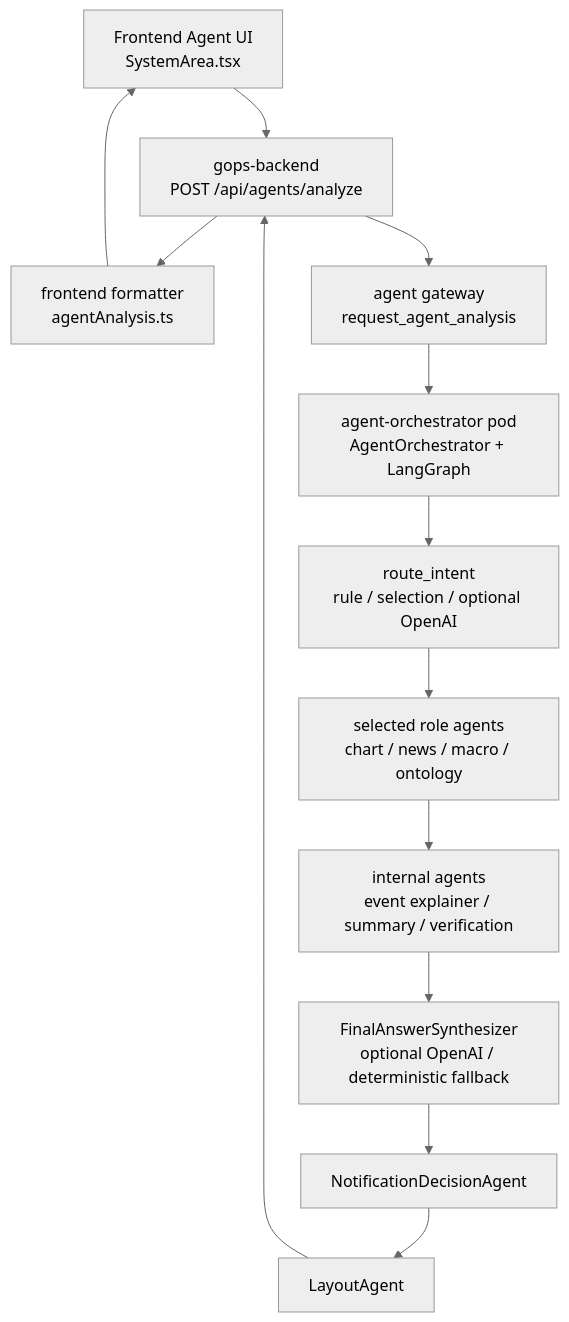
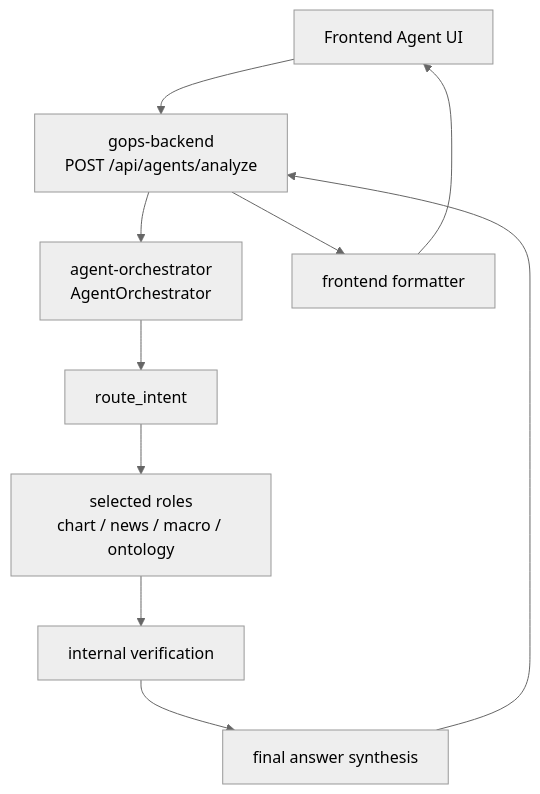
Before and after one commit to seunglee10/GOPS-BE: the diagram in docs/MULTI_AGENT_NEWS_ONTOLOGY_STRUCTURE.md, drawn with Mermaid (neutral theme). The commit also changed other lines of this file and 123 other files, not shown here.

````diff
--- a/docs/MULTI_AGENT_NEWS_ONTOLOGY_STRUCTURE.md
+++ b/docs/MULTI_AGENT_NEWS_ONTOLOGY_STRUCTURE.md
@@ -15,28 +8,13 @@
 ```mermaid
 flowchart TD
-    UI["Frontend Agent UI<br/>SystemArea.tsx"]
-    FORMAT["frontend formatter<br/>agentAnalysis.ts"]
-    API["gops-backend<br/>POST /api/agents/analyze"]
-    GATEWAY["agent gateway<br/>request_agent_analysis"]
-    ORCH["agent-orchestrator pod<br/>AgentOrchestrator + LangGraph"]
+  UI["Frontend Agent UI"]
+  API["gops-backend<br/>POST /api/agents/analyze"]
+  ORCH["agent-orchestrator<br/>AgentOrchestrator"]
+  ROUTER["route_intent"]
+  ROLES["selected roles<br/>chart / news / macro / ontology"]
+  VERIFY["internal verification"]
+  SYNTH["final answer synthesis"]
+  FORMAT["frontend formatter"]
 
-    ROUTER["route_intent<br/>rule / selection / optional OpenAI"]
-    AGENTS["selected role agents<br/>chart / news / macro / ontology"]
-    VERIFY["internal agents<br/>event explainer / summary / verification"]
-    SYNTH["FinalAnswerSynthesizer<br/>optional OpenAI / deterministic fallback"]
-    NOTI["NotificationDecisionAgent"]
-    LAYOUT["LayoutAgent"]
-
-    UI --> API
-    API --> GATEWAY
-    GATEWAY --> ORCH
-    ORCH --> ROUTER
-    ROUTER --> AGENTS
-    AGENTS --> VERIFY
-    VERIFY --> SYNTH
-    SYNTH --> NOTI
-    NOTI --> LAYOUT
-    LAYOUT --> API
-    API --> FORMAT
-    FORMAT --> UI
+  UI --> API --> ORCH --> ROUTER --> ROLES --> VERIFY --> SYNTH --> API --> FORMAT --> UI
 ```
````
